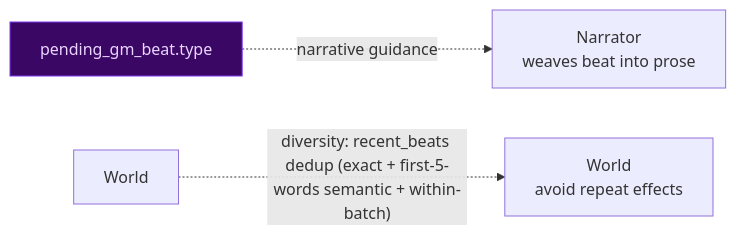
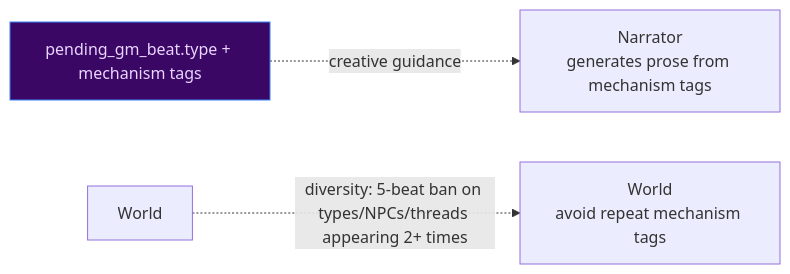
Before and after one commit to pww217/fablethread: the third of 7 diagrams in docs/architecture/pacing-systems.md, drawn with Mermaid. The commit also changed other lines of this file and 11 other files, not shown here.

Commit message:
fix: use NpcPresence.NEARBY enum for new NPC entry presence, update docs and roadmap tickets

````diff
--- a/docs/architecture/pacing-systems.md
+++ b/docs/architecture/pacing-systems.md
@@ -123,7 +123,7 @@
 ```mermaid
 flowchart LR
-    BEAT["pending_gm_beat.type"] -. "narrative guidance" .-> NARR["Narrator<br>weaves beat into prose"]
-    WORLD["World" ] -. "diversity: recent_beats dedup (exact + first-5-words semantic + within-batch)" .-> WORLD_GEN["World<br>avoid repeat effects"]
+    BEAT["pending_gm_beat.type + mechanism tags"] -. "creative guidance" .-> NARR["Narrator<br>generates prose from mechanism tags"]
+    WORLD["World" ] -. "diversity: 5-beat ban on types/NPCs/threads appearing 2+ times" .-> WORLD_GEN["World<br>avoid repeat mechanism tags"]
 
-    style BEAT fill:#3b0764,color:#e9d5ff,stroke:#7c3aed
+    style BEAT fill:#3b0764,color:#e9d5ff,stroke:#3b82f6
 ```
````
